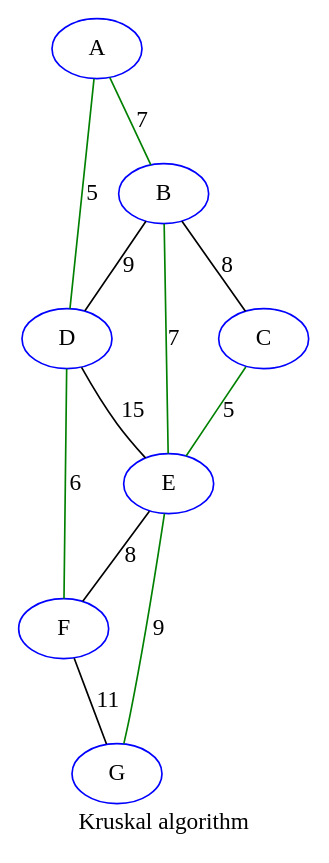
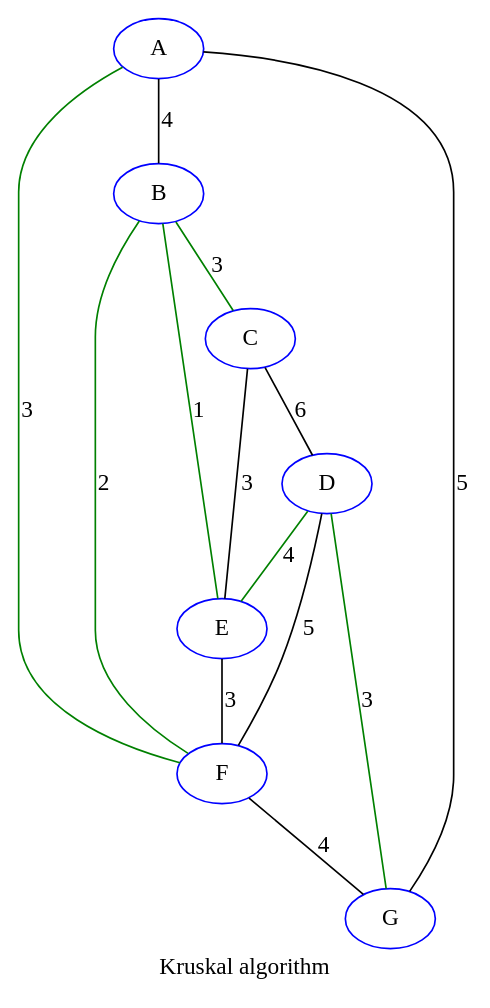
One commit to sallareznov/m1s2 changed the diagram in AeA/partie2/tp2/kruskal.dot. Above: the diagram before and after it, drawn with Graphviz. The commit also changed 15 other files, not shown here.

```diff
--- a/AeA/partie2/tp2/kruskal.dot
+++ b/AeA/partie2/tp2/kruskal.dot
@@ -1,21 +1,23 @@
 graph {
 label="Kruskal algorithm"
 G [color=blue]
 E [color=blue]
 F [color=blue]
 C [color=blue]
 D [color=blue]
 A [color=blue]
 B [color=blue]
-A -- B[label="7",color=green]
-A -- D[label="5",color=green]
-B -- C[label="8"]
-B -- D[label="9"]
-B -- E[label="7",color=green]
-C -- E[label="5",color=green]
-D -- E[label="15"]
-D -- F[label="6",color=green]
-E -- F[label="8"]
-E -- G[label="9",color=green]
-F -- G[label="11"]
+A--B[label="4"]
+A--F[label="3",color=green]
+A--G[label="5"]
+B--C[label="3",color=green]
+B--E[label="1",color=green]
+B--F[label="2",color=green]
+C--D[label="6"]
+C--E[label="3"]
+D--E[label="4",color=green]
+D--F[label="5"]
+D--G[label="3",color=green]
+E--F[label="3"]
+F--G[label="4"]
 }
```
